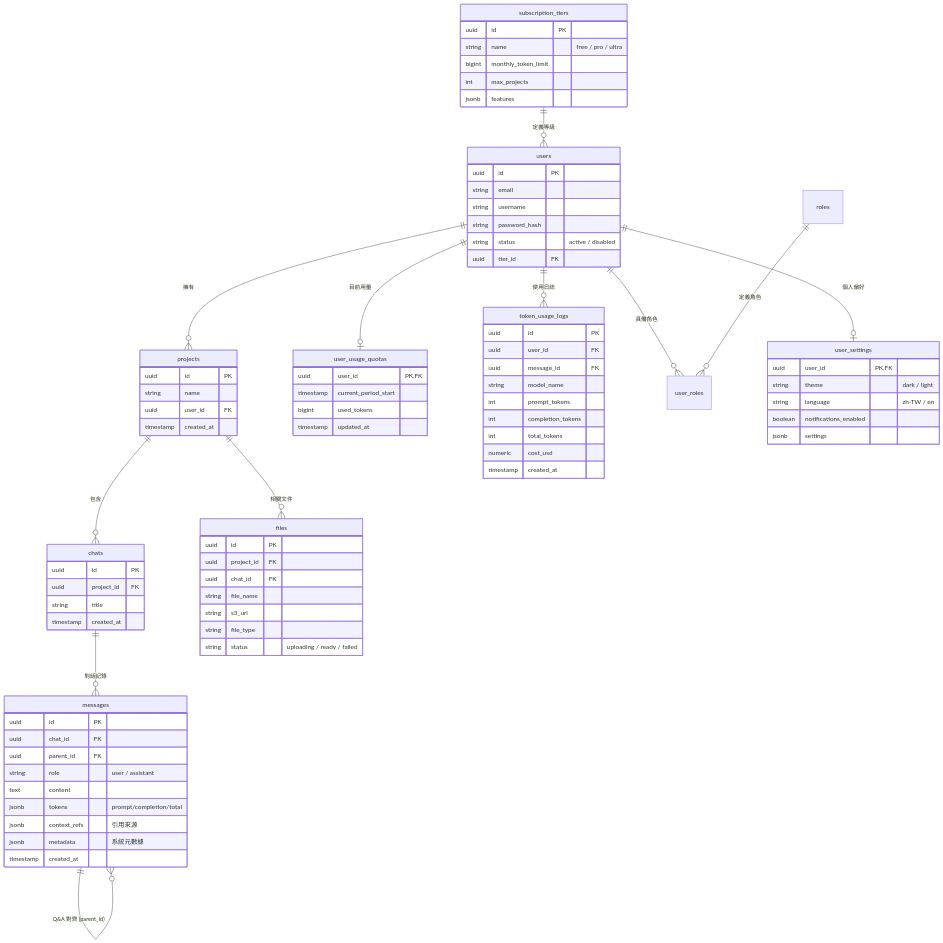
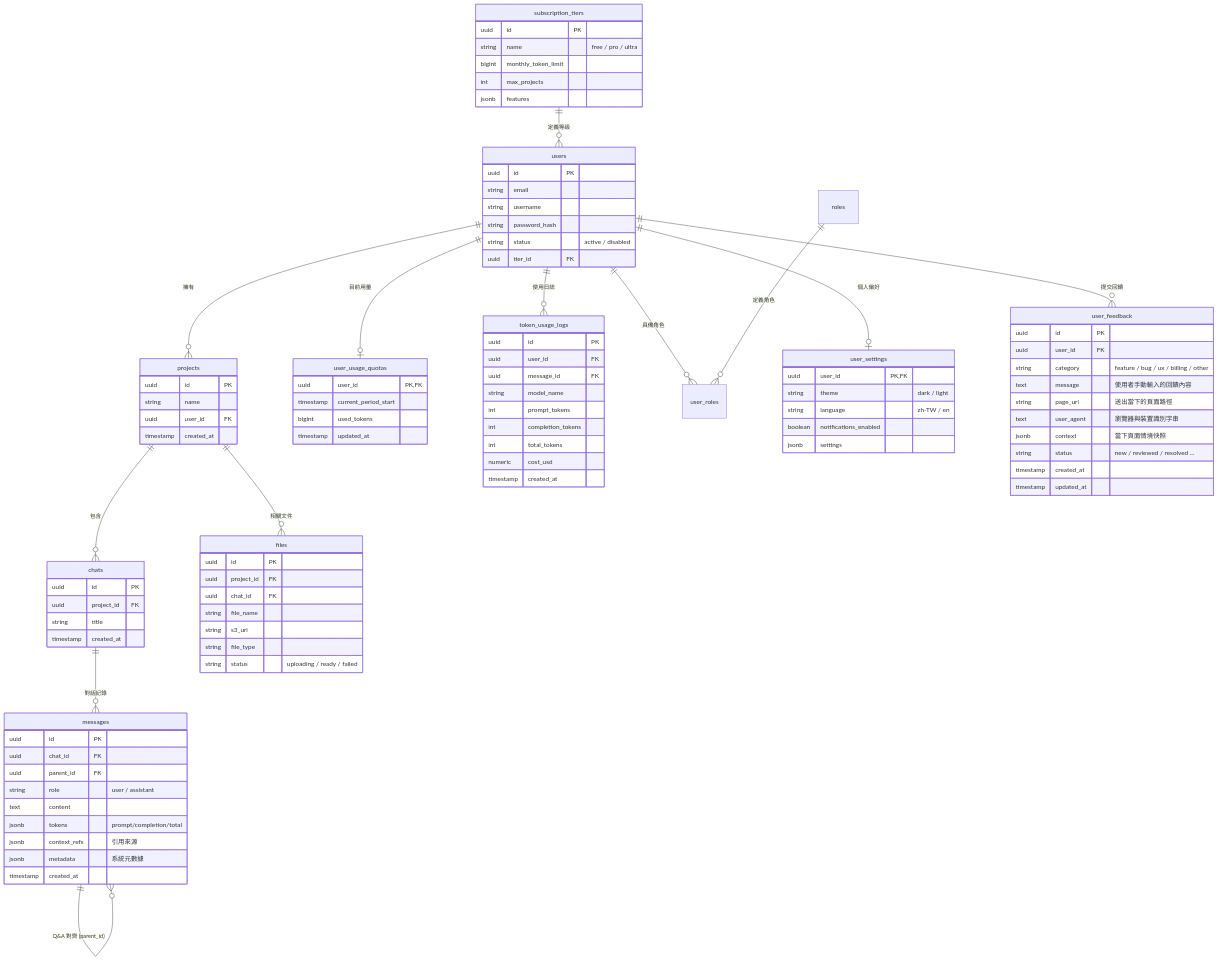
Before and after one commit to WilliamTsai1227/Stock-Insight-Chat: the first of 2 diagrams in specifications/database_spec.md, drawn with Mermaid. The commit also changed other lines of this file and 16 other files, not shown here.

````diff
--- a/specifications/database_spec.md
+++ b/specifications/database_spec.md
@@ -15,6 +15,7 @@
     users ||--o{ user_roles : "具備角色"
     roles ||--o{ user_roles : "定義角色"
     users ||--o| user_settings : "個人偏好"
+    users ||--o{ user_feedback : "提交回饋"
     projects ||--o{ chats : "包含"
     projects ||--o{ files : "相關文件"
     chats ||--o{ messages : "對話記錄"
@@ -99,4 +100,17 @@
         jsonb metadata "系統元數據"
         timestamp created_at
     }
+
+    user_feedback {
+        uuid id PK
+        uuid user_id FK
+        string category "feature / bug / ux / billing / other"
+        text message "使用者手動輸入的回饋內容"
+        string page_url "送出當下的頁面路徑"
+        text user_agent "瀏覽器與裝置識別字串"
+        jsonb context "當下頁面情境快照"
+        string status "new / reviewed / resolved ..."
+        timestamp created_at
+        timestamp updated_at
+    }
 ```
````
